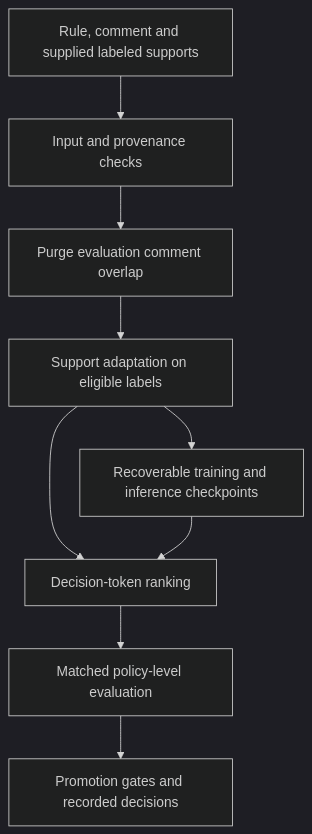
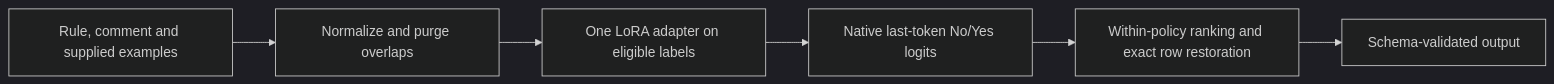
One commit to alvaromendizabal/jigsaw-rule-classifier changed the diagram in README.md. Above: the diagram before and after it, drawn with Mermaid (dark theme). The commit also changed other lines of this file and 608 other files, not shown here.

First line of the commit message:
Curate the retained support-adapted rule classifier

````diff
--- a/README.md
+++ b/README.md
@@ -60,11 +18,8 @@
 ```mermaid
-flowchart TD
-  I["Rule, comment and supplied labeled supports"] --> B["Input and provenance checks"]
-  B --> P["Purge evaluation comment overlap"]
-  P --> A["Support adaptation on eligible labels"]
-  A --> R["Decision-token ranking"]
-  R --> E["Matched policy-level evaluation"]
-  E --> G["Promotion gates and recorded decisions"]
-  A --> C["Recoverable training and inference checkpoints"]
-  C --> R
+flowchart LR
+  A[Rule, comment and supplied examples] --> B[Normalize and purge overlaps]
+  B --> C[One LoRA adapter on eligible labels]
+  C --> D[Native last-token No/Yes logits]
+  D --> E[Within-policy ranking and exact row restoration]
+  E --> F[Schema-validated output]
 ```
````
